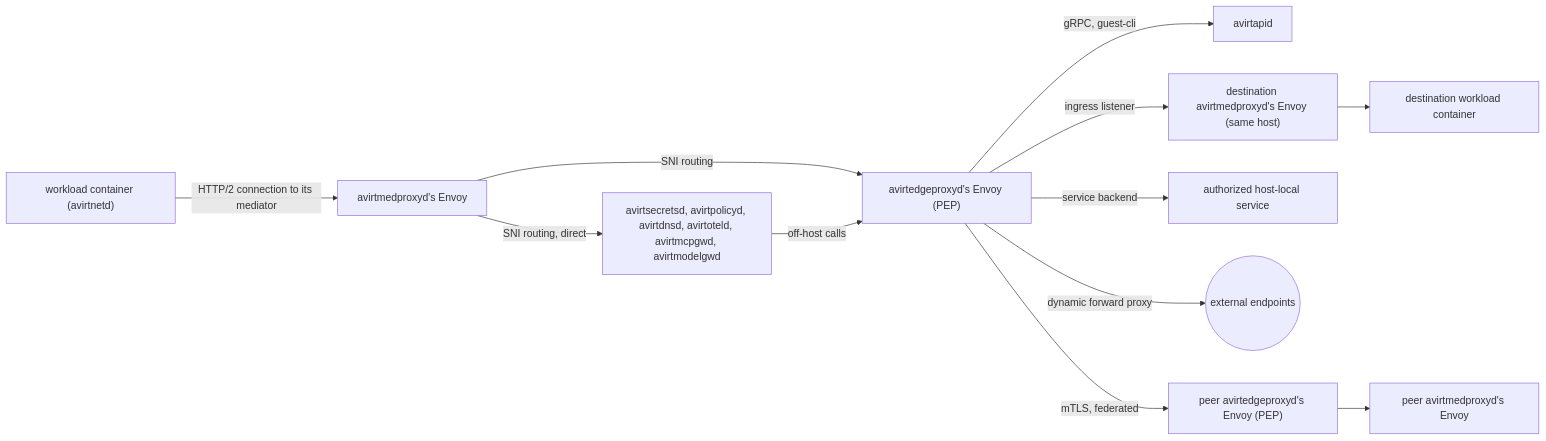
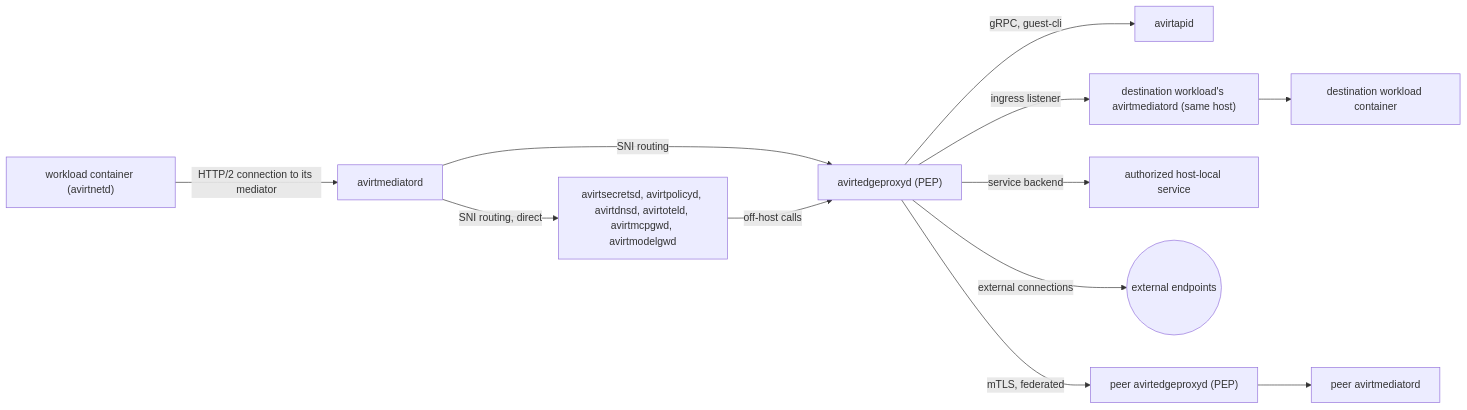
The first of 4 diagrams in docs/components.md (tbhb-dev/avirt), drawn with Mermaid before and after one commit. The commit also changed other lines of this file and 116 other files, not shown here.

````diff
--- a/docs/components.md
+++ b/docs/components.md
@@ -147,14 +144,14 @@
 ```mermaid
 flowchart LR
-    wl["workload container (avirtnetd)"] -->|"HTTP/2 connection to its mediator"| me["avirtmedproxyd's Envoy"]
+    wl["workload container (avirtnetd)"] -->|"HTTP/2 connection to its mediator"| me["avirtmediatord"]
     me -->|"SNI routing, direct"| hs["avirtsecretsd, avirtpolicyd, avirtdnsd, avirtoteld, avirtmcpgwd, avirtmodelgwd"]
-    me -->|"SNI routing"| fd["avirtedgeproxyd's Envoy (PEP)"]
+    me -->|"SNI routing"| fd["avirtedgeproxyd (PEP)"]
     fd -->|"gRPC, guest-cli"| apid["avirtapid"]
-    fd -->|"ingress listener"| me2["destination avirtmedproxyd's Envoy (same host)"]
+    fd -->|"ingress listener"| me2["destination workload's avirtmediatord (same host)"]
     me2 --> wl2["destination workload container"]
     fd -->|"service backend"| hl["authorized host-local service"]
-    fd -->|"dynamic forward proxy"| net(("external endpoints"))
-    fd -->|"mTLS, federated"| pfd["peer avirtedgeproxyd's Envoy (PEP)"]
-    pfd --> pme["peer avirtmedproxyd's Envoy"]
+    fd -->|"external connections"| net(("external endpoints"))
+    fd -->|"mTLS, federated"| pfd["peer avirtedgeproxyd (PEP)"]
+    pfd --> pme["peer avirtmediatord"]
     hs -->|"off-host calls"| fd
 ```
````
